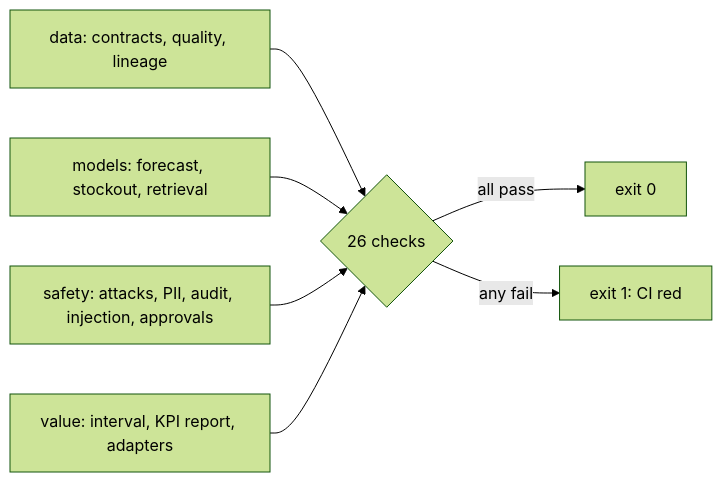
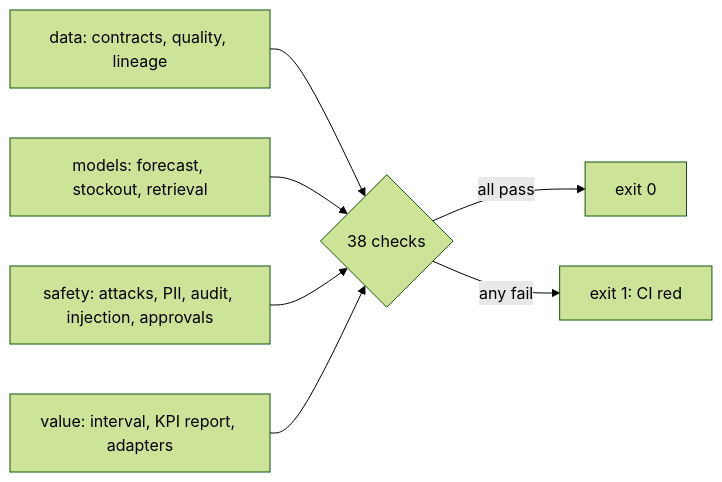
One commit to jagadishmazure-jpg/Jagadish-agentic-data-layer changed the diagram in docs/components/release-gate.md. Above: the diagram before and after it, drawn with Mermaid (forest theme). The commit also changed other lines of this file and 24 other files, not shown here.

Commit message:
insurance: README, CHANGELOG, folder READMEs, roadmap, architecture and guide updates; 566 tests

````diff
--- a/docs/components/release-gate.md
+++ b/docs/components/release-gate.md
@@ -14,9 +14,9 @@
 ```mermaid
 flowchart LR
-  D[data: contracts, quality, lineage] --> G{26 checks}
+  D[data: contracts, quality, lineage] --> G{38 checks}
   M[models: forecast, stockout, retrieval] --> G
   S[safety: attacks, PII, audit, injection, approvals] --> G
   V[value: interval, KPI report, adapters] --> G
   G -->|all pass| OK[exit 0]
   G -->|any fail| NO[exit 1: CI red]
 ```
````
